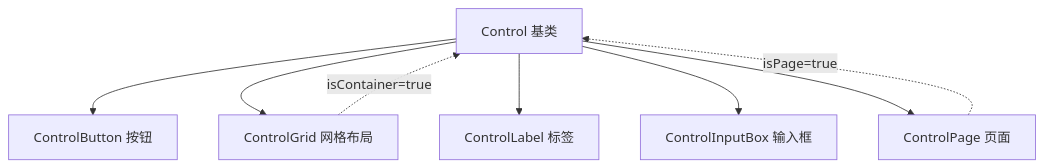
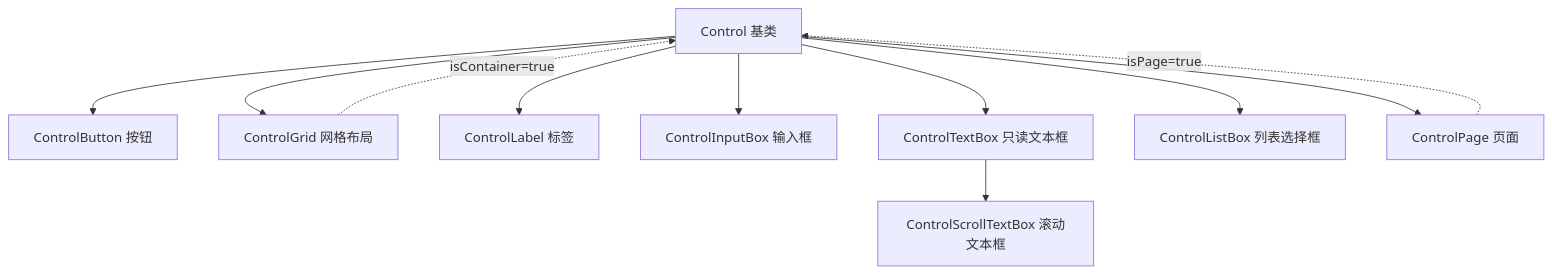
Before and after one commit to WinstonMeursault/PacPlay: the fifth of 26 diagrams in docs/API.md, drawn with Mermaid. The commit also changed other lines of this file and 29 other files, not shown here.

````diff
--- a/docs/API.md
+++ b/docs/API.md
@@ -975,10 +1045,13 @@
 ```mermaid
 flowchart TD
     Control[Control 基类] --> Button[ControlButton 按钮]
     Control --> Grid[ControlGrid 网格布局]
     Control --> Label[ControlLabel 标签]
     Control --> InputBox[ControlInputBox 输入框]
+    Control --> TextBox[ControlTextBox 只读文本框]
+    TextBox --> ScrollTextBox[ControlScrollTextBox 滚动文本框]
+    Control --> ListBox[ControlListBox 列表选择框]
     Control --> Page[ControlPage 页面]
     Page -.->|"isPage=true"| Control
     Grid -.->|"isContainer=true"| Control
 ```
````
